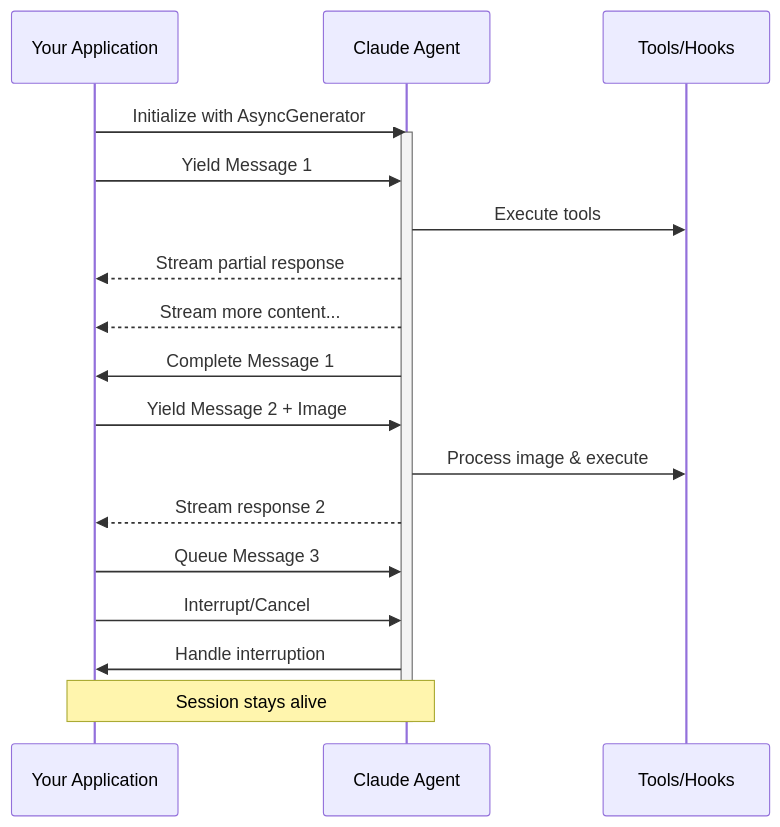
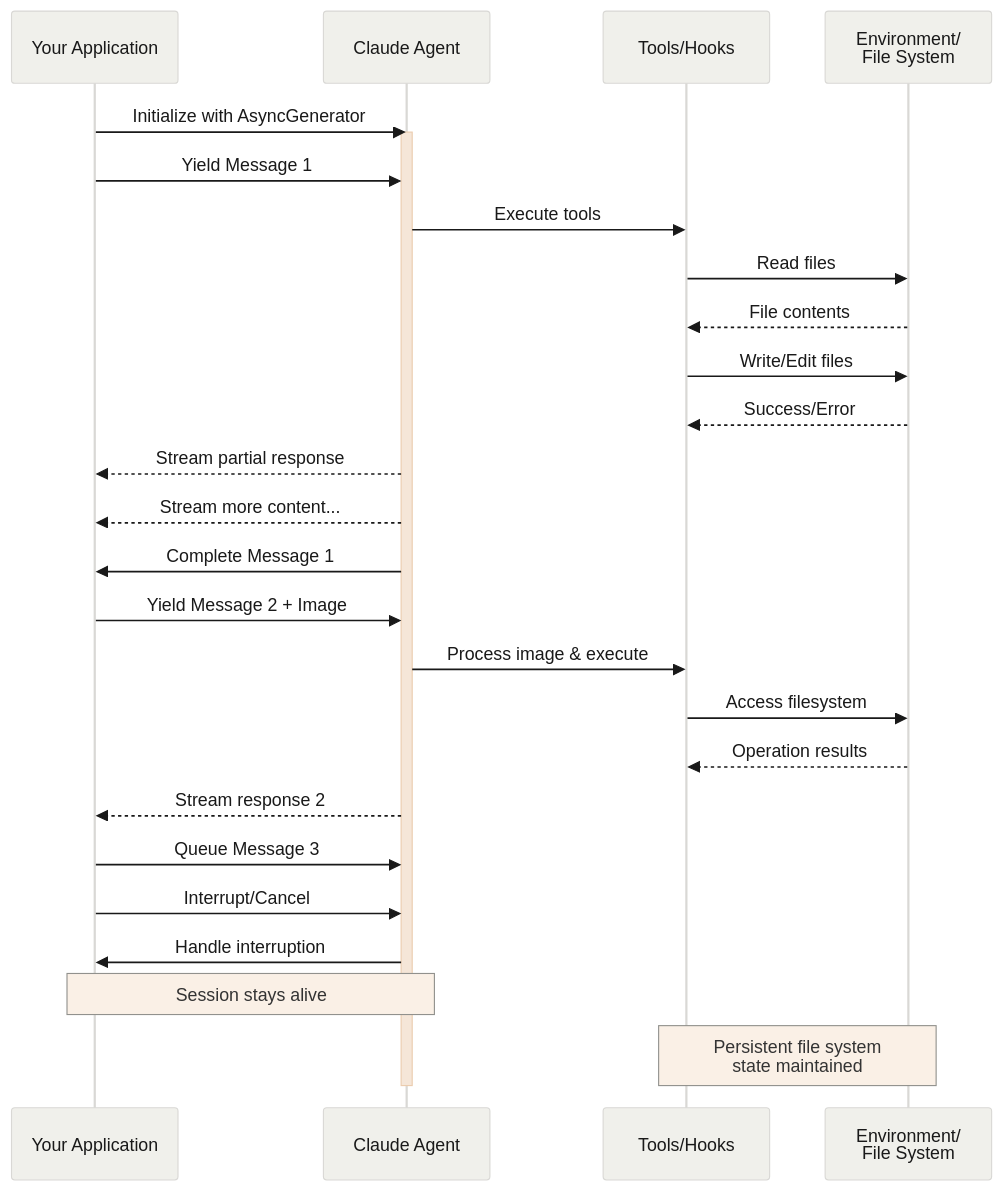
One commit to mnestorov/cc-docs-mirror changed the diagram in docs/sdk__streaming-vs-single-mode.md. Above: the diagram before and after it, drawn with Mermaid. The commit also changed other lines of this file and 10 other files, not shown here.

Commit message:
Update Claude Code docs - 2025-09-14 | Updated: analytics.md,sdk__custom-tools.md sdk__modifying-system-prompts.md,sdk__sdk-cost-tracking.md sdk__sdk-mcp.md,sdk__sdk-permissions.md sdk__sdk-python.md,sdk__sdk-slash-commands.md sdk__streaming-vs-single-mode.md,sdk__todo-tracking.md

````diff
--- a/docs/sdk__streaming-vs-single-mode.md
+++ b/docs/sdk__streaming-vs-single-mode.md
@@ -22,27 +22,36 @@
 ```mermaid
+%%{init: {"theme": "base", "themeVariables": {"edgeLabelBackground": "#F0F0EB", "lineColor": "#91918D", "primaryColor": "#F0F0EB", "primaryTextColor": "#191919", "primaryBorderColor": "#D9D8D5", "secondaryColor": "#F5E6D8", "tertiaryColor": "#CC785C", "noteBkgColor": "#FAF0E6", "noteBorderColor": "#91918D"}, "sequence": {"actorMargin": 50, "width": 150, "height": 65, "boxMargin": 10, "boxTextMargin": 5, "noteMargin": 10, "messageMargin": 35}}}%%
 sequenceDiagram
     participant App as Your Application
     participant Agent as Claude Agent
     participant Tools as Tools/Hooks
+    participant FS as Environment/<br/>File System
     
     App->>Agent: Initialize with AsyncGenerator
     activate Agent
     
     App->>Agent: Yield Message 1
     Agent->>Tools: Execute tools
+    Tools->>FS: Read files
+    FS-->>Tools: File contents
+    Tools->>FS: Write/Edit files
+    FS-->>Tools: Success/Error
     Agent-->>App: Stream partial response
     Agent-->>App: Stream more content...
     Agent->>App: Complete Message 1
     
     App->>Agent: Yield Message 2 + Image
     Agent->>Tools: Process image & execute
+    Tools->>FS: Access filesystem
+    FS-->>Tools: Operation results
     Agent-->>App: Stream response 2
     
     App->>Agent: Queue Message 3
     App->>Agent: Interrupt/Cancel
     Agent->>App: Handle interruption
     
     Note over App,Agent: Session stays alive
+    Note over Tools,FS: Persistent file system<br/>state maintained
     
     deactivate Agent
 ```
````
